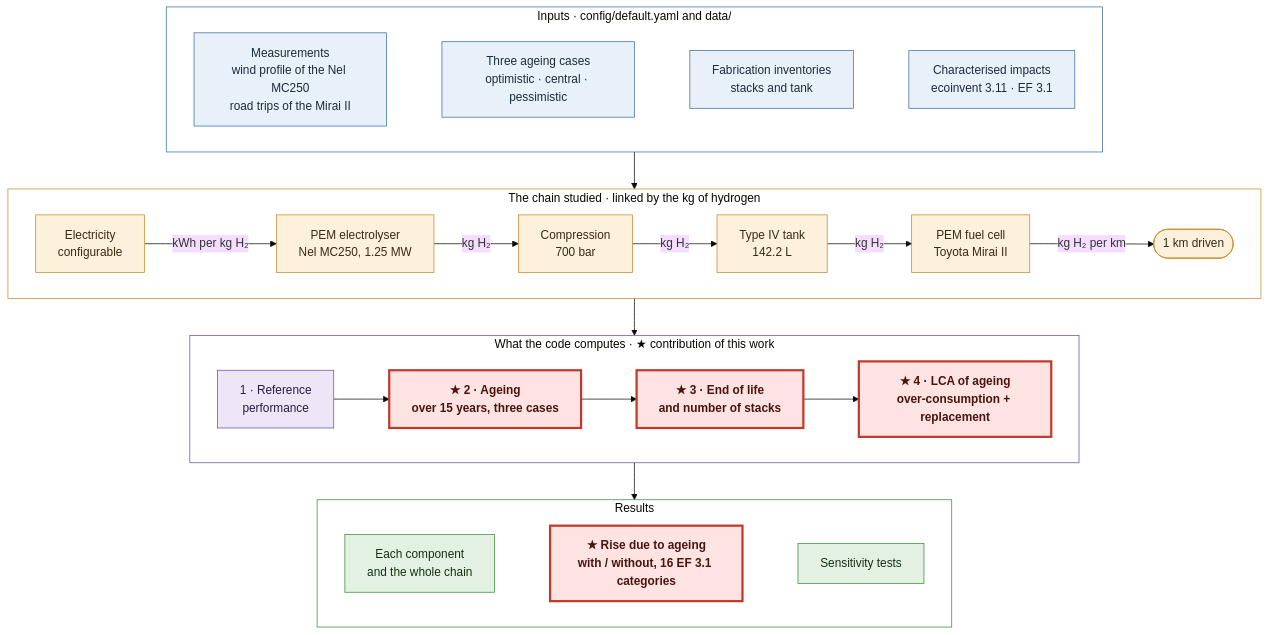
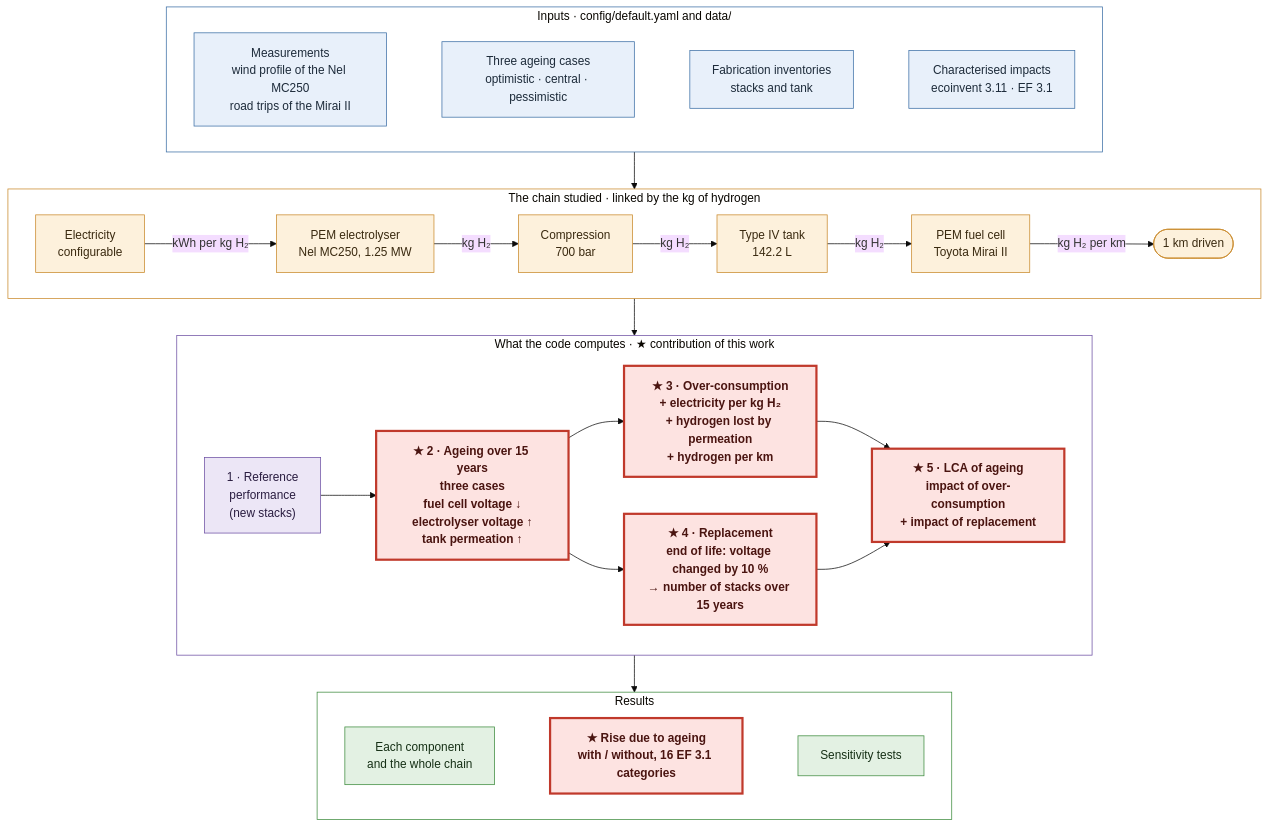
Before and after one commit to Ayabh12/h2-ageing-lca: the diagram in README.md, drawn with Mermaid (base theme). The commit also changed other lines of this file and 1 other file, not shown here.

Commit message:
README: clearer diagram of what the code computes (over-consumption and replacement)

````diff
--- a/README.md
+++ b/README.md
@@ -59,46 +59,50 @@
 ```mermaid
 flowchart TB
     subgraph E["Inputs · config/default.yaml and data/"]
         direction LR
         e1["Measurements<br/>wind profile of the Nel MC250<br/>road trips of the Mirai II"]
         e2["Three ageing cases<br/>optimistic · central · pessimistic"]
         e3["Fabrication inventories<br/>stacks and tank"]
         e4["Characterised impacts<br/>ecoinvent 3.11 · EF 3.1"]
         e1 ~~~ e2 ~~~ e3 ~~~ e4
     end
 
     subgraph C["The chain studied · linked by the kg of hydrogen"]
         direction LR
         c1["Electricity<br/>configurable"] -->|"kWh per kg H₂"| c2["PEM electrolyser<br/>Nel MC250, 1.25 MW"] -->|"kg H₂"| c3["Compression<br/>700 bar"] -->|"kg H₂"| c4["Type IV tank<br/>142.2 L"] -->|"kg H₂"| c5["PEM fuel cell<br/>Toyota Mirai II"] -->|"kg H₂ per km"| c6(["1 km driven"])
     end
 
     subgraph M["What the code computes · ★ contribution of this work"]
         direction LR
-        m1["1 · Reference<br/>performance"] --> m2["★ 2 · Ageing<br/>over 15 years, three cases"] --> m3["★ 3 · End of life<br/>and number of stacks"] --> m4["★ 4 · LCA of ageing<br/>over-consumption + replacement"]
+        m1["1 · Reference<br/>performance<br/>(new stacks)"] --> m2["★ 2 · Ageing over 15 years<br/>three cases<br/>fuel cell voltage ↓<br/>electrolyser voltage ↑<br/>tank permeation ↑"]
+        m2 --> m3["★ 3 · Over-consumption<br/>+ electricity per kg H₂<br/>+ hydrogen lost by permeation<br/>+ hydrogen per km"]
+        m2 --> m4["★ 4 · Replacement<br/>end of life: voltage changed by 10 %<br/>→ number of stacks over 15 years"]
+        m3 --> m5["★ 5 · LCA of ageing<br/>impact of over-consumption<br/>+ impact of replacement"]
+        m4 --> m5
     end
 
     subgraph R["Results"]
         direction LR
         r1["Each component<br/>and the whole chain"]
         r2["★ Rise due to ageing<br/>with / without, 16 EF 3.1 categories"]
         r3["Sensitivity tests"]
         r1 ~~~ r2 ~~~ r3
     end
 
     E --> C --> M --> R
 
     classDef inp fill:#e8f0fa,stroke:#3b6ea5,color:#1d2b3a
     classDef chain fill:#fdf1dc,stroke:#c9892b,color:#3a2a10
     classDef code fill:#ece6f6,stroke:#6c4fa3,color:#2a1d40
     classDef res fill:#e3f1e3,stroke:#3d8b3d,color:#163016
     class e1,e2,e3,e4 inp
     class c1,c2,c3,c4,c5,c6 chain
-    class m1,m2,m3,m4 code
+    class m1,m2,m3,m4,m5 code
     class r1,r2,r3 res
     style E fill:#ffffff,stroke:#3b6ea5
     style C fill:#ffffff,stroke:#c9892b
     style M fill:#ffffff,stroke:#6c4fa3
     style R fill:#ffffff,stroke:#3d8b3d
     classDef key fill:#fde3e1,stroke:#c0392b,stroke-width:3px,color:#4a1410,font-weight:bold
-    class m2,m3,m4,r2 key
+    class m2,m3,m4,m5,r2 key
 ```
````
